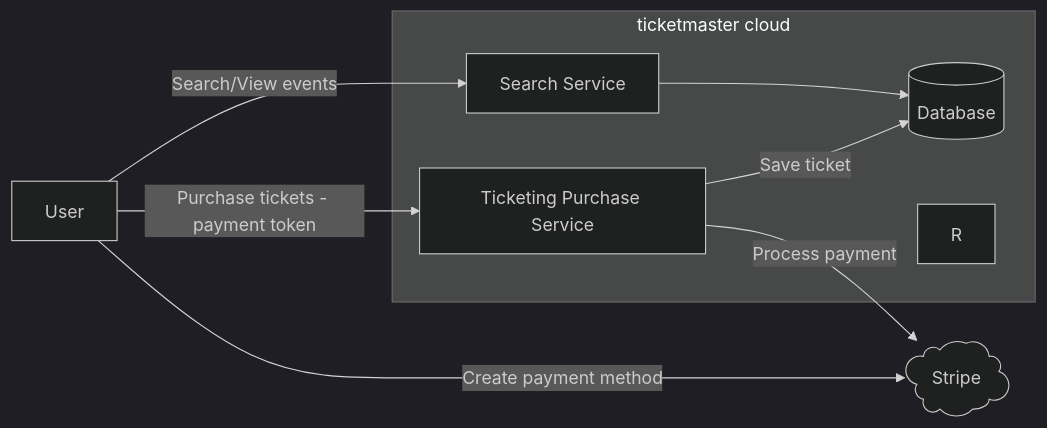
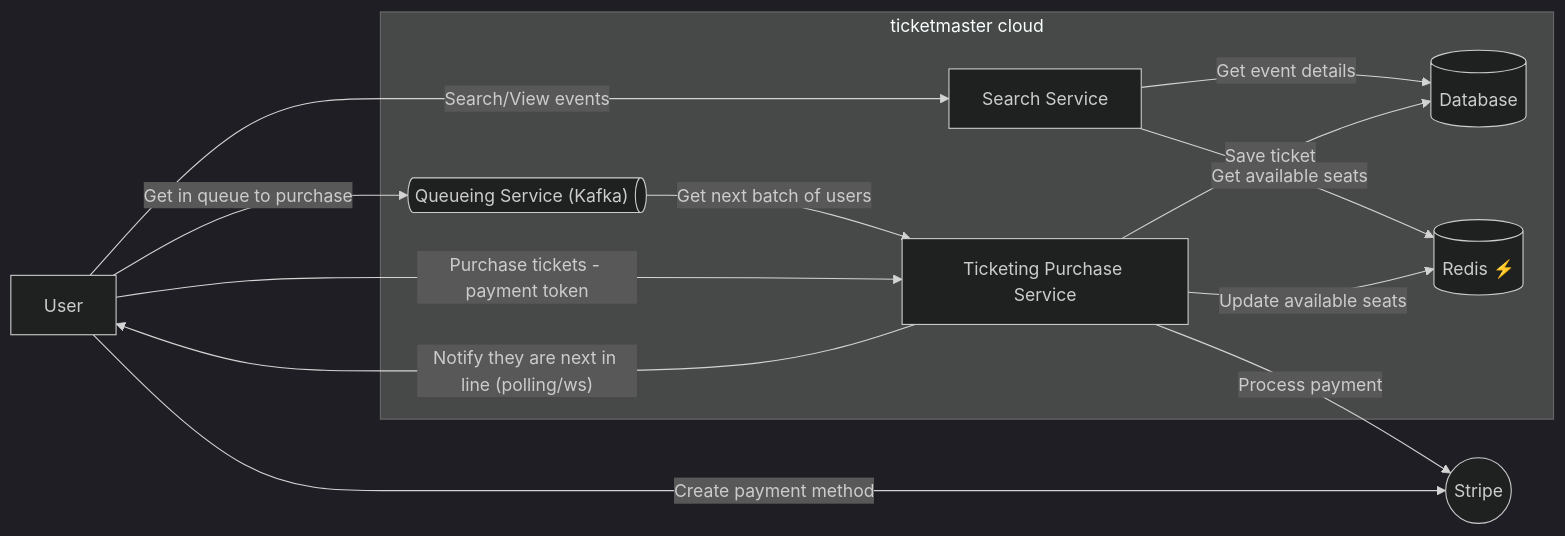
One commit to canda/javascript-excercises changed the diagram in src/system-design/ticketmaster/ticketmaster.mmd. Above: the diagram before and after it, drawn with Mermaid (dark theme). The commit also changed other lines of this file, not shown here.

Commit message:
Mar 1, 2026, 1:20 PM

```diff
--- a/src/system-design/ticketmaster/ticketmaster.mmd
+++ b/src/system-design/ticketmaster/ticketmaster.mmd
@@ -1,38 +1,44 @@
 %% Functional requirements
 %%   - Search for events
 %%   - View event details
 %%   - Purchase tickets
 %%   - View purchased tickets
 
 %% Non-functional requirements
 %%   - Many users should be able to search and purchase tickets simultaneously without performance degradation.
 %%   - Millions of simultaneous users trying to purchase tickets for popular events should not cause the system to crash.
 %%   - Tens of thousands of events
 
 %% Models
 %% Event: id, name, date, venue, available_tickets
 %% User: id, name, email
 %% Ticket: id, event_id, user_id, purchase_date, payment_method_id
 
 %% API
 %% /search?q={query} - GET -  Search for events
 %% /events/{event_id} - GET -  Get event details
 %% /payment-method - POST -  create a payment method (POST request with payment token from stripe)
 %% /purchase - POST -  Purchase tickets (POST request with event_id, quantity, and payment method id)
 %% /tickets - GET -  View purchased tickets (GET request with user authentication)
 
 flowchart LR
   U[User]
-  St@{ shape: "cloud", label: "Stripe" }
+  St@{ shape: circle, label: "Stripe" }
   subgraph ticketmaster cloud
     S[Search Service]
     D@{ shape: database, label: "Database" }
     TP[Ticketing Purchase Service]
-    R
+    R@{ shape: database, label: "Redis ⚡️" }
+    Q@{ shape: horizontal-cylinder, label: "Queueing Service (Kafka)" }
   end
   U -->|Search/View events| S[Search Service]
-  S --> D
+  S -->|Get event details| D
+  S -->|Get available seats| R
+  U -->|Get in queue to purchase| Q
+  Q -->|Get next batch of users| TP
+  TP -->|"Notify they are next in line (polling/ws)"| U
   U -->|Create payment method| St
   U -->|Purchase tickets - payment token| TP
   TP -->|Process payment| St
   TP -->|Save ticket| D
+  TP -->|Update available seats| R
```
